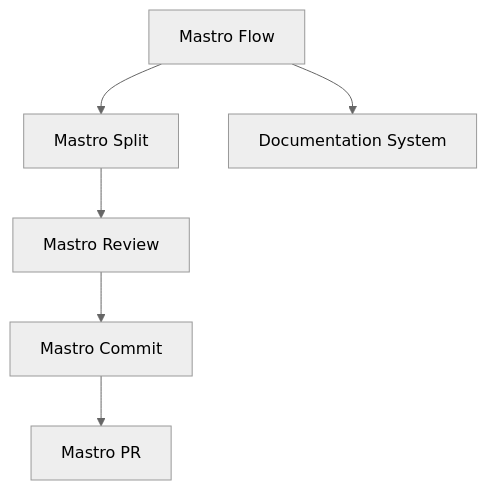
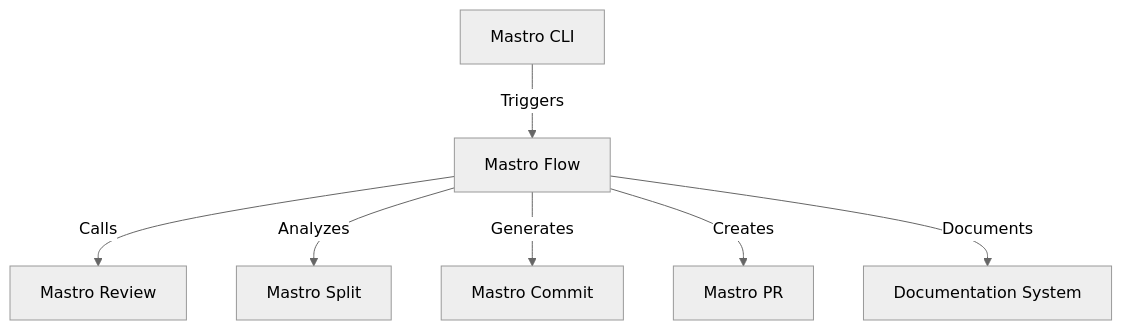
Before and after one commit to geogoesbeepboop/mastro: the first of 3 diagrams in docs/ARCHITECTURE.md, drawn with Mermaid (neutral theme). The commit also changed other lines of this file and 7 other files, not shown here.

First line of the commit message:
feat: implement mastro flow for enhanced user onboarding experience

````diff
--- a/docs/ARCHITECTURE.md
+++ b/docs/ARCHITECTURE.md
@@ -38,8 +30,9 @@
 ```mermaid
 graph TD;
-    A[Mastro Flow] --> B[Mastro Split];
-    B --> C[Mastro Review];
-    C --> D[Mastro Commit];
-    D --> E[Mastro PR];
-    A --> F[Documentation System];
+    A[Mastro CLI] -->|Triggers| B[Mastro Flow]
+    B -->|Calls| C[Mastro Review]
+    B -->|Analyzes| D[Mastro Split]
+    B -->|Generates| E[Mastro Commit]
+    B -->|Creates| F[Mastro PR]
+    B -->|Documents| G[Documentation System]
 ```
````
